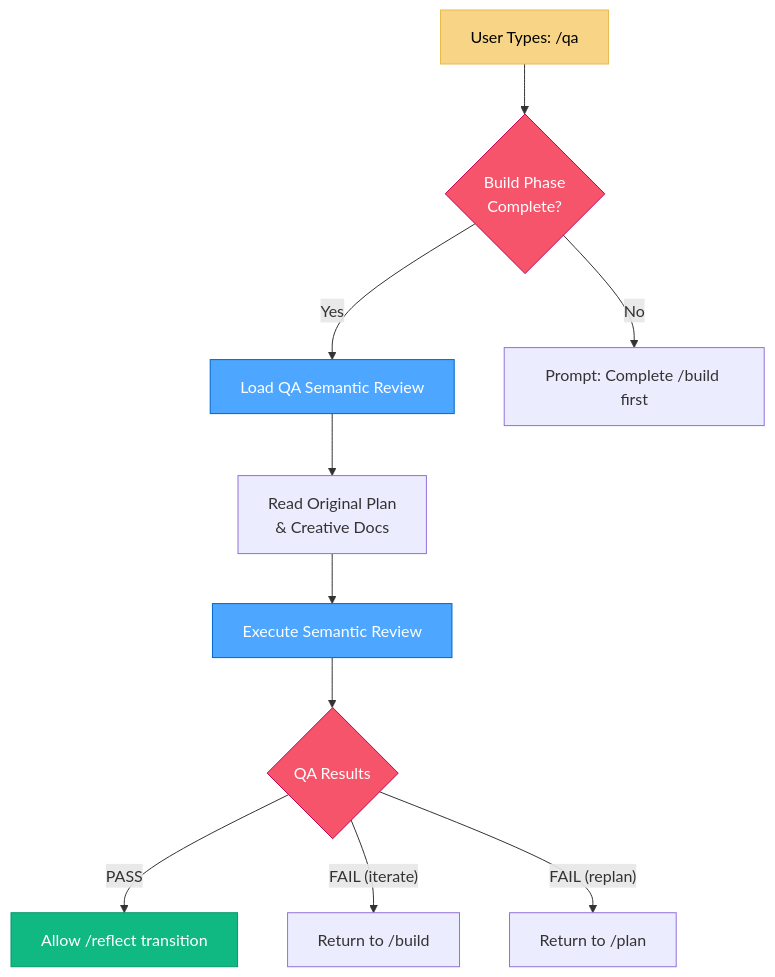
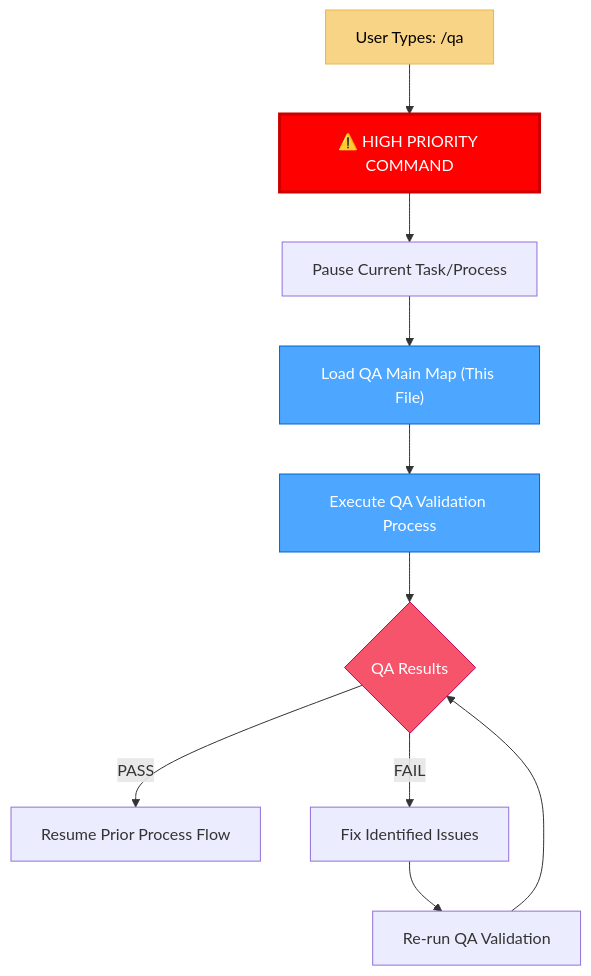
One commit to Texarkanine/.cursor-rules changed the first of 2 diagrams in rulesets/niko/niko/visual-maps/van_mode_split/van-qa-main.mdc. Above: the diagram before and after it, drawn with Mermaid. The commit also changed other lines of this file and 20 other files, not shown here.

````diff
--- a/rulesets/niko/niko/visual-maps/van_mode_split/van-qa-main.mdc
+++ b/rulesets/niko/niko/visual-maps/van_mode_split/van-qa-main.mdc
@@ -14,20 +14,19 @@
 ```mermaid
 graph TD
-    UserQA["User Types: /qa"] --> CheckBuild{"Build Phase<br>Complete?"}
-    CheckBuild -->|"Yes"| LoadQA["Load QA Semantic Review"]
-    CheckBuild -->|"No"| PromptBuild["Prompt: Complete /build first"]
-    LoadQA --> ReadBaseline["Read Original Plan<br>& Creative Docs"]
-    ReadBaseline --> RunReview["Execute Semantic Review"]
-    RunReview --> QAResults{"QA Results"}
-
-    QAResults -->|"PASS"| AllowReflect["Allow /reflect transition"]
-    QAResults -->|"FAIL (iterate)"| ReturnBuild["Return to /build"]
-    QAResults -->|"FAIL (replan)"| ReturnPlan["Return to /plan"]
-
+    UserQA["User Types: /qa"] --> HighPriority["⚠️ HIGH PRIORITY COMMAND"]
+    HighPriority --> CurrentTask["Pause Current Task/Process"]
+    CurrentTask --> LoadQA["Load QA Main Map (This File)"]
+    LoadQA --> RunQA["Execute QA Validation Process"]
+    RunQA --> QAResults{"QA Results"}
+    
+    QAResults -->|"PASS"| ResumeFlow["Resume Prior Process Flow"]
+    QAResults -->|"FAIL"| FixIssues["Fix Identified Issues"]
+    FixIssues --> ReRunQA["Re-run QA Validation"]
+    ReRunQA --> QAResults
+    
     style UserQA fill:#f8d486,stroke:#e8b84d,color:black
-    style CheckBuild fill:#f6546a,stroke:#c30052,color:white
+    style HighPriority fill:#ff0000,stroke:#cc0000,color:white,stroke-width:3px
     style LoadQA fill:#4da6ff,stroke:#0066cc,color:white
-    style RunReview fill:#4da6ff,stroke:#0066cc,color:white
+    style RunQA fill:#4da6ff,stroke:#0066cc,color:white
     style QAResults fill:#f6546a,stroke:#c30052,color:white
-    style AllowReflect fill:#10b981,stroke:#059669,color:white
 ```
````
